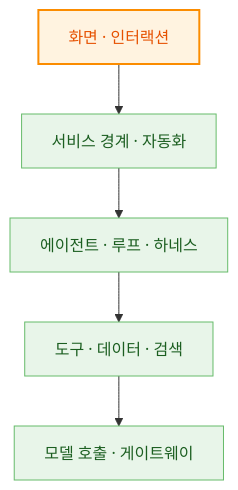
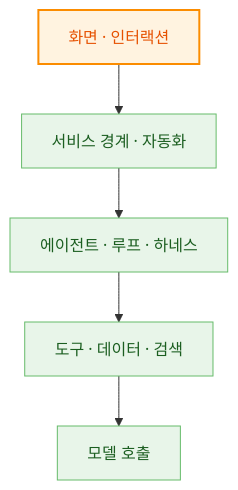
One commit to 2026-ai-service-engineering-a/ai_service_engineering-track_a changed the second of 21 diagrams in site/src/content/courses/ko/session-09/index.mdx. Above: the diagram before and after it, drawn with Mermaid. The commit also changed other lines of this file and 2 other files, not shown here.

````diff
--- a/site/src/content/courses/ko/session-09/index.mdx
+++ b/site/src/content/courses/ko/session-09/index.mdx
@@ -97,11 +117,11 @@
 ```mermaid
 flowchart TB
     L5["화면 · 인터랙션"]:::now
     L4["서비스 경계 · 자동화"]:::done
     L3["에이전트 · 루프 · 하네스"]:::done
     L2["도구 · 데이터 · 검색"]:::done
-    L1["모델 호출 · 게이트웨이"]:::done
+    L1["모델 호출"]:::done
     L5 --> L4 --> L3 --> L2 --> L1
     classDef done fill:#e8f5e9,stroke:#66bb6a,color:#1b5e20;
     classDef now fill:#fff3e0,stroke:#fb8c00,color:#e65100,stroke-width:2px;
 ```
````
